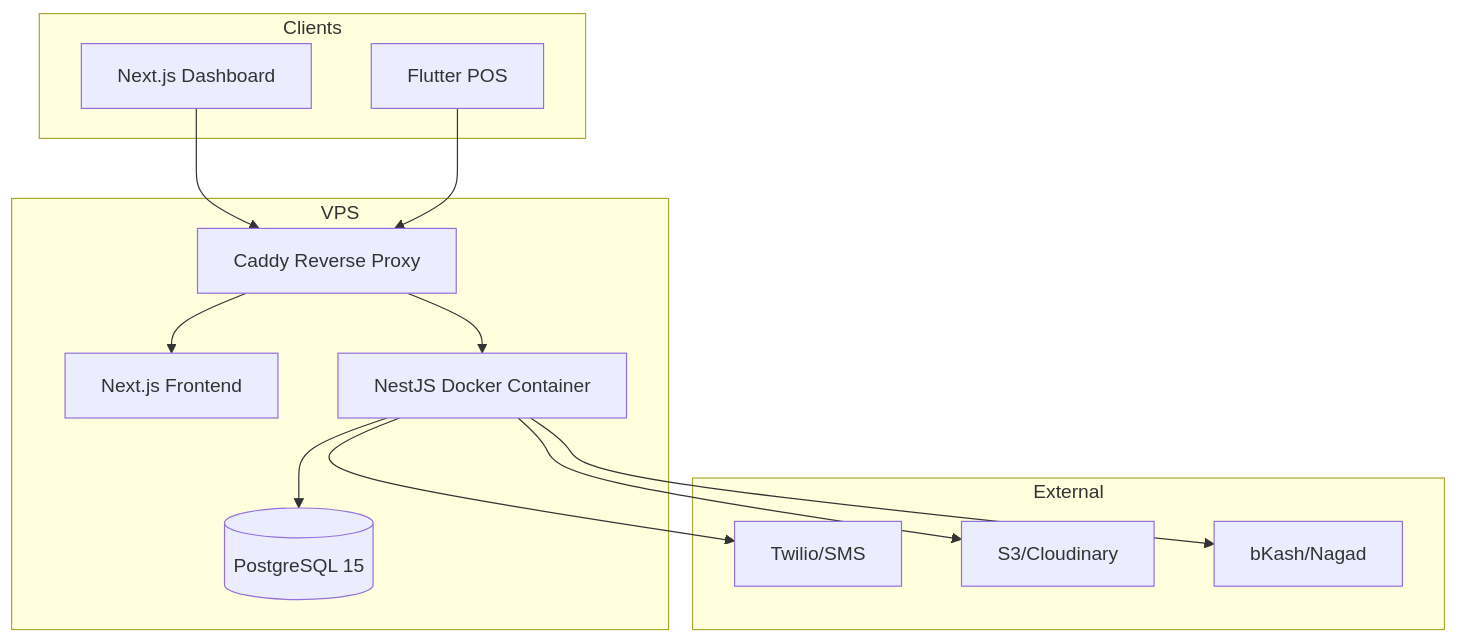
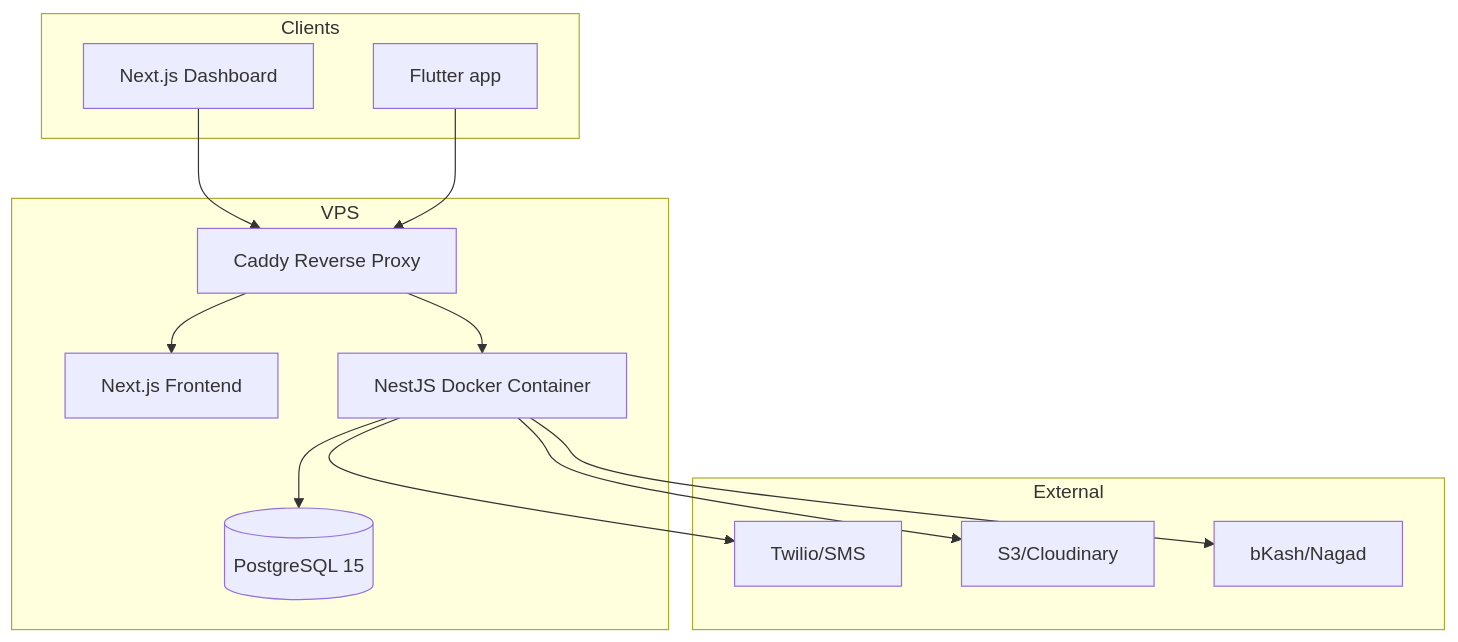
The diagram in docs/architecture/high-level-architecture.md (nayeem-ahmad/erp71), drawn with Mermaid before and after one commit. The commit also changed other lines of this file and 117 other files, not shown here.

First line of the commit message:
feat(mobile): Flutter app for Android and iOS — Google sign-in and the CRM

````diff
--- a/docs/architecture/high-level-architecture.md
+++ b/docs/architecture/high-level-architecture.md
@@ -24,29 +24,29 @@
 ```mermaid
 graph TD
     subgraph Clients
         Web[Next.js Dashboard]
-        Mobile[Flutter POS]
+        Mobile[Flutter app]
     end
 
     subgraph VPS
         Caddy[Caddy Reverse Proxy]
         FE[Next.js Frontend]
         API[NestJS Docker Container]
         DB[(PostgreSQL 15)]
     end
 
     subgraph External
         SMS[Twilio/SMS]
         Storage[S3/Cloudinary]
         Pay[bKash/Nagad]
     end
 
     Web --> Caddy
     Mobile --> Caddy
     Caddy --> FE
     Caddy --> API
     API --> DB
     API --> SMS
     API --> Storage
     API --> Pay
 ```
````
